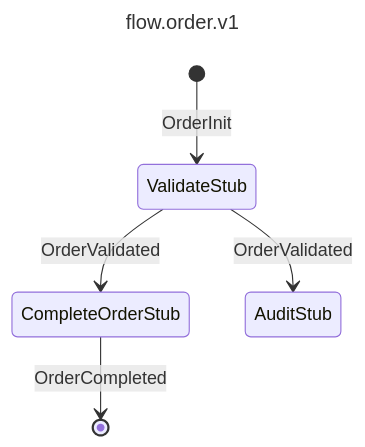
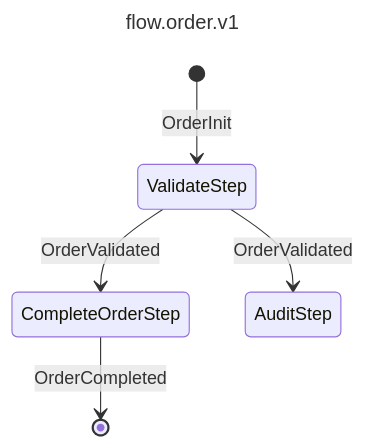
One commit to wundii/flowcrafter changed the diagram in README.md. Above: the diagram before and after it, drawn with Mermaid. The commit also changed other lines of this file and 91 other files, not shown here.

Commit message:
refactor: rename "stub" references to "step" across API routes, method signatures, database schemas, and tests to improve consistency

````diff
--- a/README.md
+++ b/README.md
@@ -256,11 +256,11 @@
 ```mermaid
 ---
 title: flow.order.v1
 theme: neo
 ---
 stateDiagram-v2
-[*]-->ValidateStub: OrderInit
-ValidateStub-->CompleteOrderStub: OrderValidated
-ValidateStub-->AuditStub: OrderValidated
-CompleteOrderStub-->[*]: OrderCompleted
+[*]-->ValidateStep: OrderInit
+ValidateStep-->CompleteOrderStep: OrderValidated
+ValidateStep-->AuditStep: OrderValidated
+CompleteOrderStep-->[*]: OrderCompleted
 ```
````
